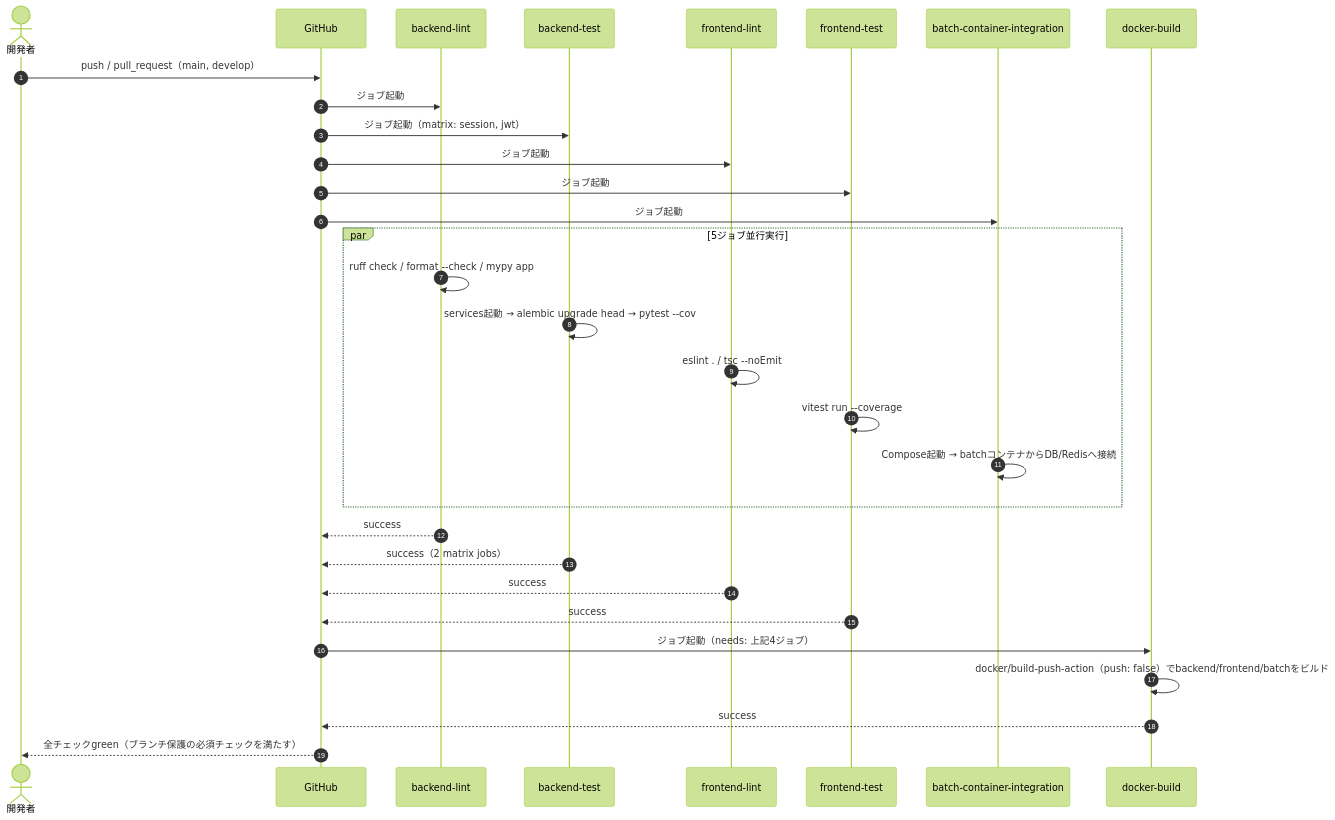
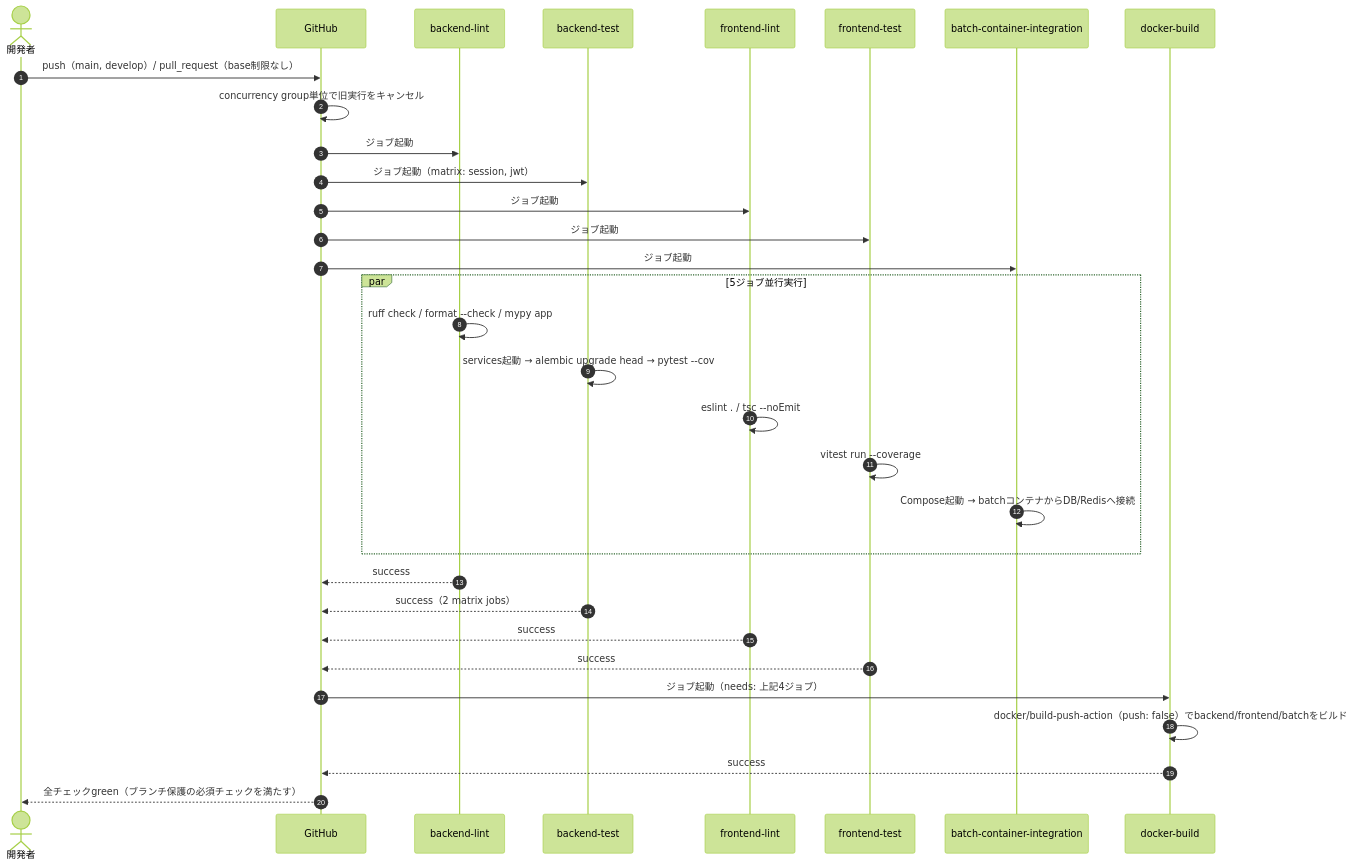
One commit to oikawa-d/task_management changed the first of 4 diagrams in docs/detailed_design/infra/05_ci_workflow.md. Above: the diagram before and after it, drawn with Mermaid (forest theme). The commit also changed other lines of this file and 3 other files, not shown here.

````diff
--- a/docs/detailed_design/infra/05_ci_workflow.md
+++ b/docs/detailed_design/infra/05_ci_workflow.md
@@ -57,34 +58,35 @@
 ```mermaid
 sequenceDiagram
     autonumber
     actor DEV as 開発者
     participant GH as GitHub
     participant BL as backend-lint
     participant BT as backend-test
     participant FL as frontend-lint
     participant FT as frontend-test
     participant BI as batch-container-integration
     participant DB as docker-build
 
-    DEV->>GH: push / pull_request（main, develop）
+    DEV->>GH: push（main, develop）/ pull_request（base制限なし）
+    GH->>GH: concurrency group単位で旧実行をキャンセル
     GH->>BL: ジョブ起動
     GH->>BT: ジョブ起動（matrix: session, jwt）
     GH->>FL: ジョブ起動
     GH->>FT: ジョブ起動
     GH->>BI: ジョブ起動
     par 5ジョブ並行実行
         BL->>BL: ruff check / format --check / mypy app
         BT->>BT: services起動 → alembic upgrade head → pytest --cov
         FL->>FL: eslint . / tsc --noEmit
         FT->>FT: vitest run --coverage
         BI->>BI: Compose起動 → batchコンテナからDB/Redisへ接続
     end
     BL-->>GH: success
     BT-->>GH: success（2 matrix jobs）
     FL-->>GH: success
     FT-->>GH: success
     GH->>DB: ジョブ起動（needs: 上記4ジョブ）
     DB->>DB: docker/build-push-action（push: false）でbackend/frontend/batchをビルド
     DB-->>GH: success
     GH-->>DEV: 全チェックgreen（ブランチ保護の必須チェックを満たす）
 ```
````
